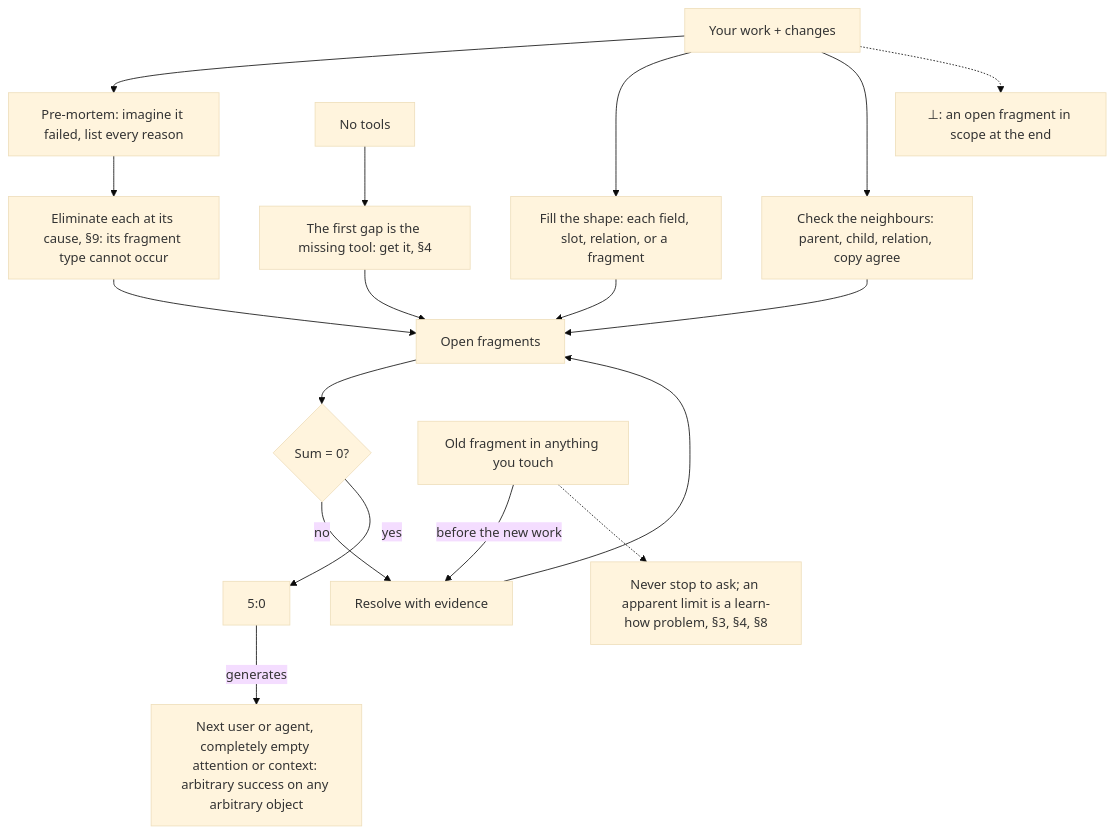
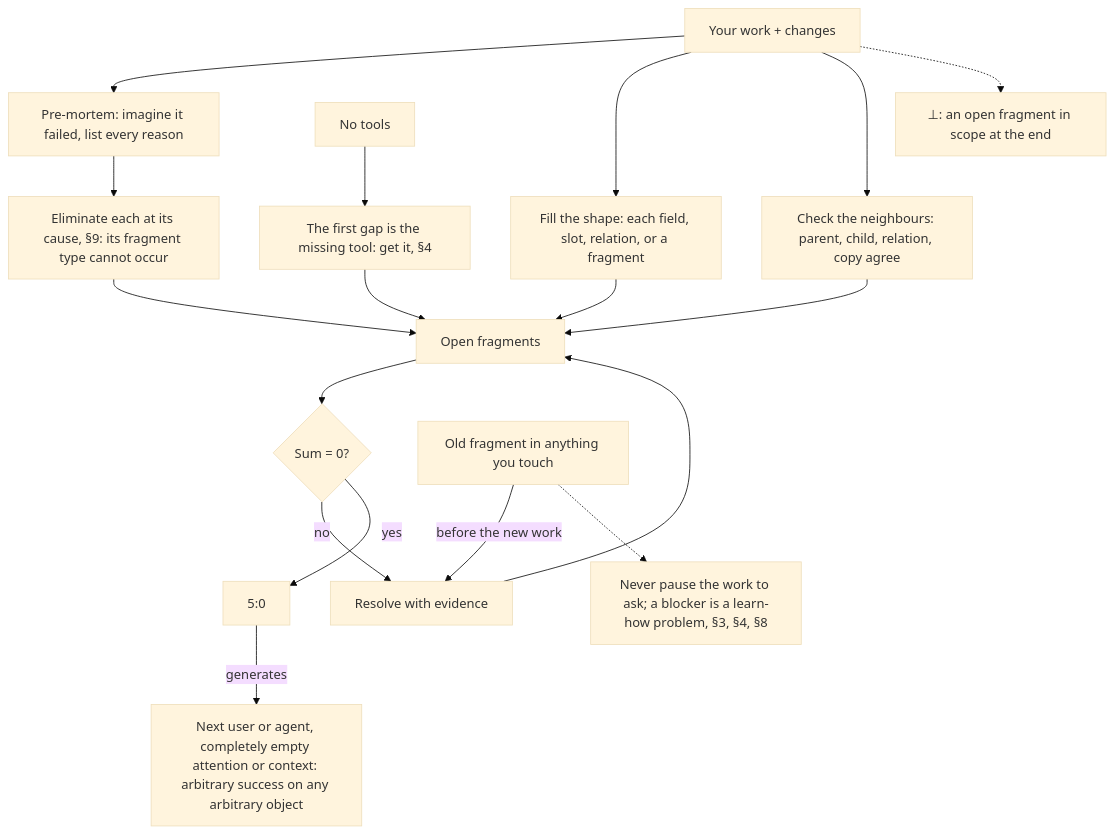
The second of 14 diagrams in AGENTS.md (SolenixAI/arbiter), drawn with Mermaid (base theme) before and after one commit. The commit also changed other lines of this file and 2 other files, not shown here.

First line of the commit message:
docs(arbiter): fix fresh-review findings: blocker, view as reference, frontier exit

````diff
--- a/AGENTS.md
+++ b/AGENTS.md
@@ -105,12 +105,12 @@
 ```mermaid
 flowchart TD
   W[Your work + changes] --> PM[Pre-mortem: imagine it failed, list every reason] --> P[Eliminate each at its cause, §9: its fragment type cannot occur] --> L[Open fragments] --> C{Sum = 0?}
   C -->|no| F[Resolve with evidence] --> L
   W --> SH[Fill the shape: each field, slot, relation, or a fragment] --> L
   W --> NB[Check the neighbours: parent, child, relation, copy agree] --> L
   C -->|yes| D[5:0] -->|generates| NX["Next user or agent, completely empty attention or context: arbitrary success on any arbitrary object"]
   O[Old fragment in anything you touch] -->|before the new work| F
-  O -.-> TM["Never stop to ask; an apparent limit is a learn-how problem, §3, §4, §8"]
+  O -.-> TM["Never pause the work to ask; a blocker is a learn-how problem, §3, §4, §8"]
   NT[No tools] --> X["The first gap is the missing tool: get it, §4"] --> L
   W -.-> BOT["⊥: an open fragment in scope at the end"]
 ```
````
